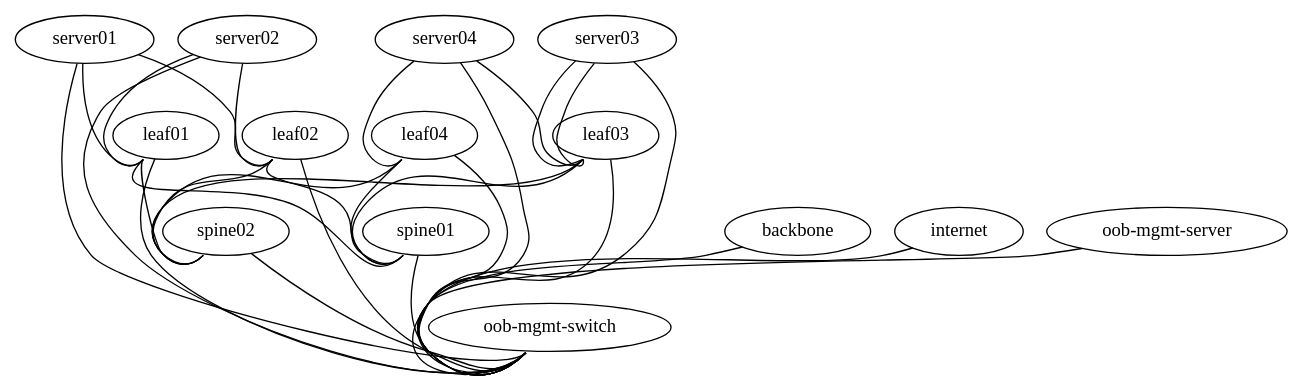
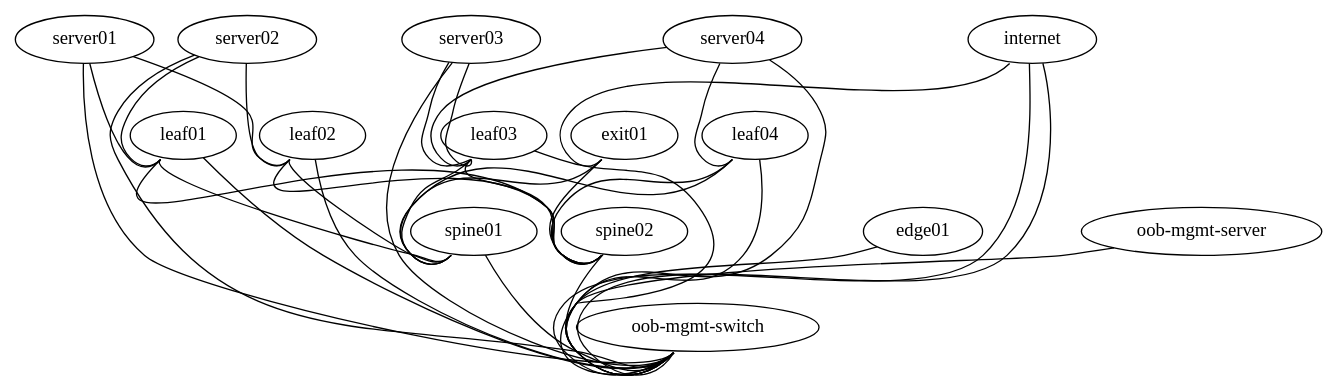
One commit to laquiante/OpenNetworking-004 changed the diagram in topology.dot. Above: the diagram before and after it, drawn with Graphviz.

```diff
--- a/topology.dot
+++ b/topology.dot
@@ -1,65 +1,70 @@
 graph vx {
 
  "spine01" [function="spine" os="CumulusCommunity/cumulus-vx" version="3.7.11" memory="768" config="./helper_scripts/config_switch.sh" ]
  "leaf01" [function="leaf" os="CumulusCommunity/cumulus-vx" version="3.7.11" memory="768" config="./helper_scripts/config_switch.sh" ]
  "leaf02" [function="leaf" os="CumulusCommunity/cumulus-vx" version="3.7.11" memory="768" config="./helper_scripts/config_switch.sh" ]
 
  "spine02" [function="spine" os="CumulusCommunity/cumulus-vx" version="3.7.11" memory="768" config="./helper_scripts/config_switch.sh" ]
  "leaf03" [function="leaf" os="CumulusCommunity/cumulus-vx" version="3.7.11" memory="768" config="./helper_scripts/config_switch.sh" ]
  "leaf04" [function="leaf" os="CumulusCommunity/cumulus-vx" version="3.7.11" memory="768" config="./helper_scripts/config_switch.sh" ]
 
  "server01" [function="host" os="yk0/ubuntu-xenial" memory="512" config="./helper_scripts/config_server.sh" ]
  "server02" [function="host" os="yk0/ubuntu-xenial" memory="512" config="./helper_scripts/config_server.sh" ]
  "server03" [function="host" os="yk0/ubuntu-xenial" memory="512" config="./helper_scripts/config_server.sh" ]
  "server04" [function="host" os="yk0/ubuntu-xenial" memory="512" config="./helper_scripts/config_server.sh" ]
 
- "backbone" [function="leaf" os="CumulusCommunity/cumulus-vx" version="3.7.11" memory="768" config="./helper_scripts/config_switch.sh" ]
- "internet" [function="host" os="yk0/ubuntu-xenial" memory="512" config="./helper_scripts/config_server.sh" ]
+ "edge01" [function="host" os="yk0/ubuntu-xenial" memory="768" config="./helper_scripts/config_server.sh" ]
+ "internet" [function="internet" vagrant="swp48" os="CumulusCommunity/cumulus-vx" version="3.7.11" memory="768" config="./helper_scripts/config_internet.sh" ]
 
  "oob-mgmt-switch" [function="oob-switch" vagrant="eth0" os="CumulusCommunity/cumulus-vx" version="3.7.11" memory="768" config="./helper_scripts/config_oob_switch.sh" ]
  "oob-mgmt-server" [function="oob-server" vagrant="eth0" os="CumulusCommunity/vx_oob_server" version="1.0.4" memory="1024" config="./helper_scripts/config_oob_server.sh" ]
 
  "leaf01":"swp51" -- "spine01":"swp1"
  "leaf01":"swp52" -- "spine02":"swp1"
  
  "server01":"eth1" -- "leaf01":"swp1" [left_mac="00:00:01:11:11:01"]
  "server01":"eth2" -- "leaf02":"swp1" [left_mac="00:00:01:11:11:02"]
 
  "leaf02":"swp51" -- "spine01":"swp2"
  "leaf02":"swp52" -- "spine02":"swp2"
  
  "server02":"eth1" -- "leaf01":"swp2" [left_mac="00:00:01:11:11:03"]
  "server02":"eth2" -- "leaf02":"swp2" [left_mac="00:00:01:11:11:04"]
 
  "leaf03":"swp51" -- "spine01":"swp3"
  "leaf03":"swp52" -- "spine02":"swp3"
  
  "server03":"eth1" -- "leaf03":"swp1" [left_mac="00:00:01:11:11:05"]
  "server03":"eth2" -- "leaf03":"swp1" [left_mac="00:00:01:11:11:06"]
  
  "leaf04":"swp51" -- "spine01":"swp4"
  "leaf04":"swp52" -- "spine02":"swp4"
 
  "server04":"eth1" -- "leaf03":"swp2" [left_mac="00:00:01:11:11:07"]
  "server04":"eth2" -- "leaf04":"swp2" [left_mac="00:00:01:11:11:08"]
  
  "oob-mgmt-server":"eth1" -- "oob-mgmt-switch":"swp1" [right_mac="a0:00:00:00:00:61"]
 
  "server01":"eth0" -- "oob-mgmt-switch":"swp2" [left_mac="a0:00:00:00:00:31"]
  "server02":"eth0" -- "oob-mgmt-switch":"swp3" [left_mac="a0:00:00:00:00:32"]
  "server03":"eth0" -- "oob-mgmt-switch":"swp4" [left_mac="a0:00:00:00:00:33"]
  "server04":"eth0" -- "oob-mgmt-switch":"swp5" [left_mac="a0:00:00:00:00:34"]
  
-  "internet":"eth0" -- "oob-mgmt-switch":"swp6" [left_mac="a0:00:00:00:00:35"]
+ "internet":"eth0" -- "oob-mgmt-switch":"swp6" [left_mac="a0:00:00:00:00:35"]
+ 
+ "exit01":"swp51" -- "spine01":"swp10"
+ "exit01":"swp52" -- "spine02":"swp10"
+ "internet":"swp1" -- "exit01":"swp11"
 
  "leaf01":"eth0" -- "oob-mgmt-switch":"swp7" [left_mac="a0:00:00:00:00:11"]
  "leaf02":"eth0" -- "oob-mgmt-switch":"swp8" [left_mac="a0:00:00:00:00:12"]
  "leaf03":"eth0" -- "oob-mgmt-switch":"swp9" [left_mac="a0:00:00:00:00:13"]
  "leaf04":"eth0" -- "oob-mgmt-switch":"swp10" [left_mac="a0:00:00:00:00:14"]
  
- "backbone":"eth0" -- "oob-mgmt-switch":"swp11" [left_mac="a0:00:00:00:00:15"]
+ "edge01":"eth0" -- "oob-mgmt-switch":"swp14" [left_mac="a0:00:00:00:00:51"]
+ "internet":"eth0" -- "oob-mgmt-switch":"swp15" [left_mac="a0:00:00:00:00:50"]
  
  
  "spine01":"eth0" -- "oob-mgmt-switch":"swp12" [left_mac="a0:00:00:00:00:21"]
  "spine02":"eth0" -- "oob-mgmt-switch":"swp13" [left_mac="a0:00:00:00:00:22"]
 }
```
